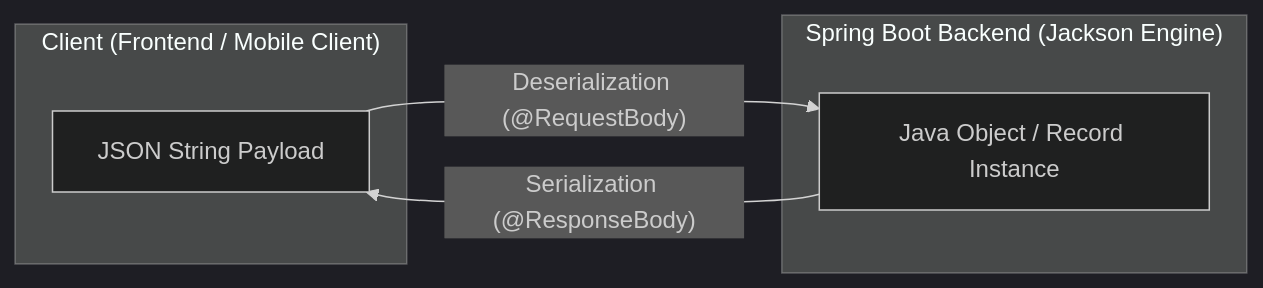
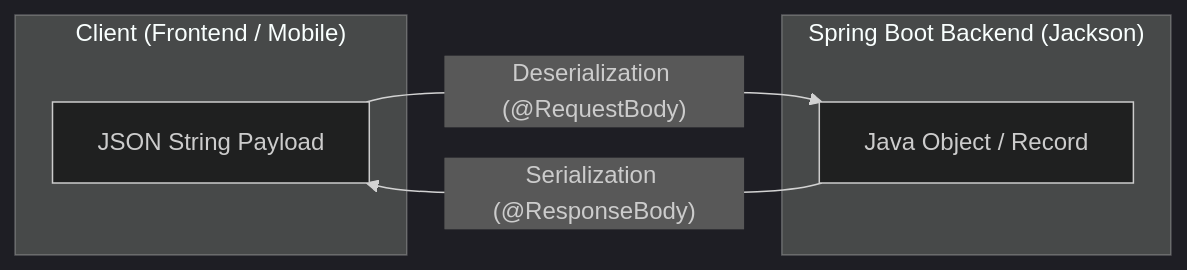
One commit to sakousa856-sketch/java-spring-for-developers-khmer changed the diagram in 04-spring-boot/04-spring-boot-with-rest-api/09-json-serialization-jackson/README.md. Above: the diagram before and after it, drawn with Mermaid (dark theme). The commit also changed other lines of this file and 290 other files, not shown here.

````diff
--- a/04-spring-boot/04-spring-boot-with-rest-api/09-json-serialization-jackson/README.md
+++ b/04-spring-boot/04-spring-boot-with-rest-api/09-json-serialization-jackson/README.md
@@ -32,12 +30,13 @@
 ```mermaid
 flowchart LR
-    subgraph ClientSide ["Client (Frontend / Mobile Client)"]
+    subgraph ClientSide ["Client (Frontend / Mobile)"]
         JSON["JSON String Payload"]
     end
-    subgraph ServerSide ["Spring Boot Backend (Jackson Engine)"]
-        JavaObj["Java Object / Record Instance"]
+    subgraph ServerSide ["Spring Boot Backend (Jackson)"]
+        JavaObj["Java Object / Record"]
     end
 
     JSON -->|"Deserialization (@RequestBody)"| JavaObj
     JavaObj -->|"Serialization (@ResponseBody)"| JSON
+
 ```
````
